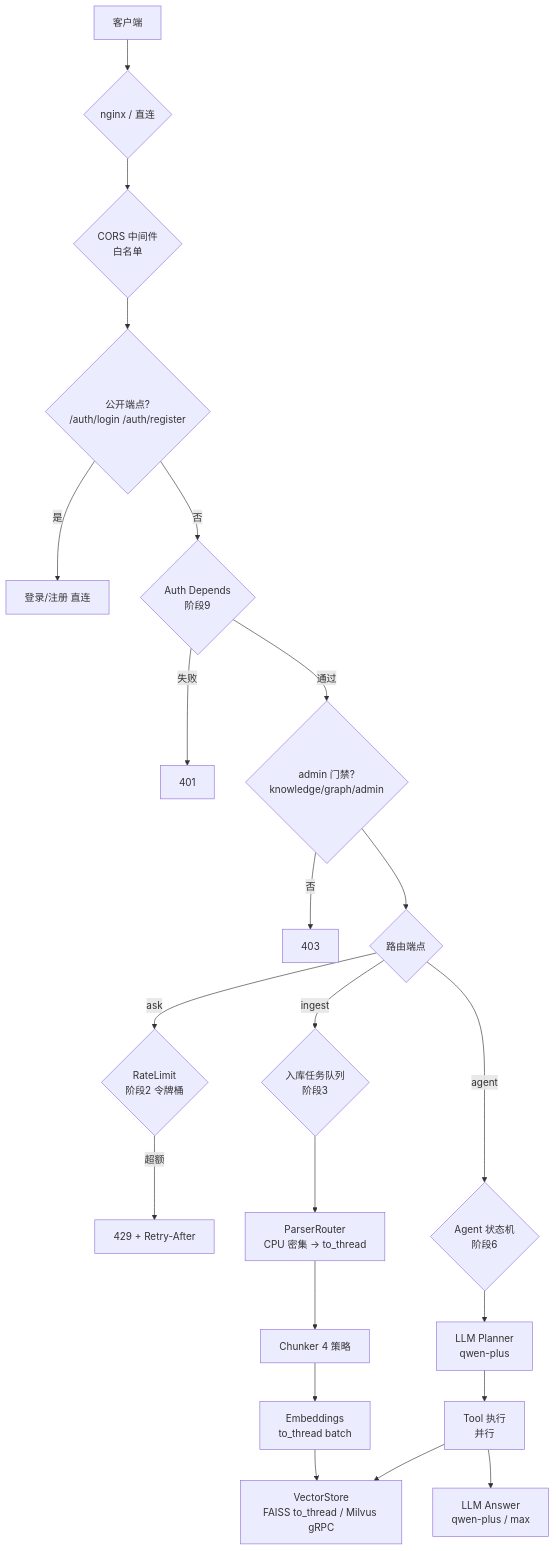
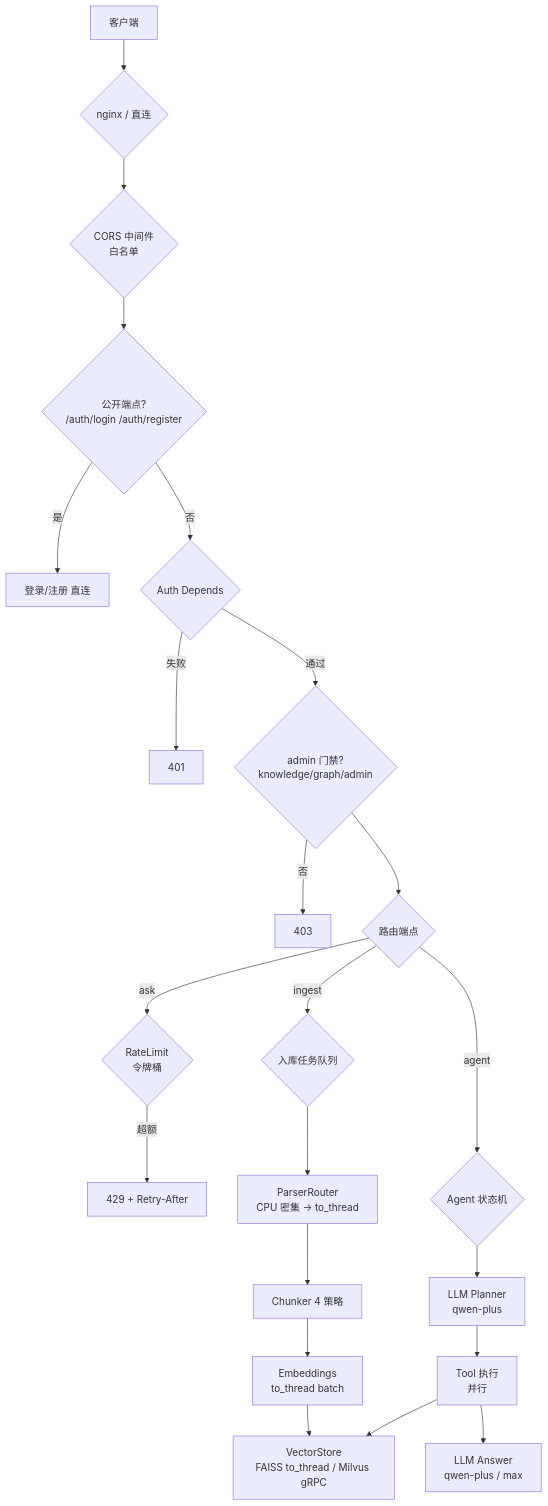
One commit to lzptouch/Kquery changed the diagram in doc/analysis/高并发.md. Above: the diagram before and after it, drawn with Mermaid. The commit also changed other lines of this file and 219 other files, not shown here.

````diff
--- a/doc/analysis/高并发.md
+++ b/doc/analysis/高并发.md
@@ -32,24 +32,24 @@
 ```mermaid
 flowchart TD
     Client[客户端] --> NG{nginx / 直连}
     NG --> CORS{CORS 中间件<br/>白名单}
     CORS --> Pub{公开端点?<br/>/auth/login /auth/register}
     Pub -->|是| Route0[登录/注册 直连]
-    Pub -->|否| Auth{Auth Depends<br/>阶段9}
+    Pub -->|否| Auth{Auth Depends<br/>}
     Auth -->|失败| R401[401]
     Auth -->|通过| Gate{admin 门禁?<br/>knowledge/graph/admin}
     Gate -->|否| R403[403]
     Gate --> Route{路由端点}
-    Route -->|ask| RL1{RateLimit<br/>阶段2 令牌桶}
+    Route -->|ask| RL1{RateLimit<br/> 令牌桶}
     RL1 -->|超额| R429[429 + Retry-After]
-    Route -->|ingest| Q1{入库任务队列<br/>阶段3}
-    Route -->|agent| Q2{Agent 状态机<br/>阶段6}
+    Route -->|ingest| Q1{入库任务队列<br/>}
+    Route -->|agent| Q2{Agent 状态机<br/>}
     Q1 --> P[ParserRouter<br/>CPU 密集 → to_thread]
     P --> C[Chunker 4 策略]
     C --> E[Embeddings<br/>to_thread batch]
     E --> VS[VectorStore<br/>FAISS to_thread / Milvus gRPC]
     Q2 --> Plan[LLM Planner<br/>qwen-plus]
     Plan --> Tool[Tool 执行<br/>并行]
     Tool --> VS
     Tool --> LLM[LLM Answer<br/>qwen-plus / max]
 ```
````
